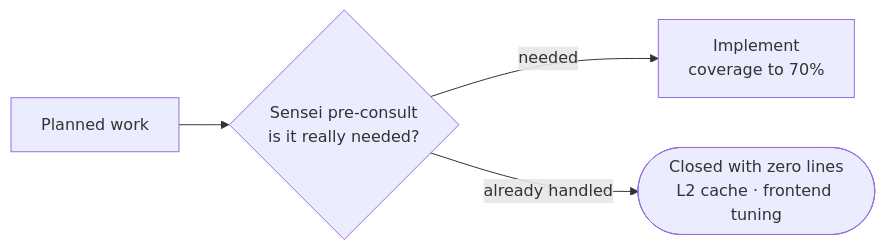
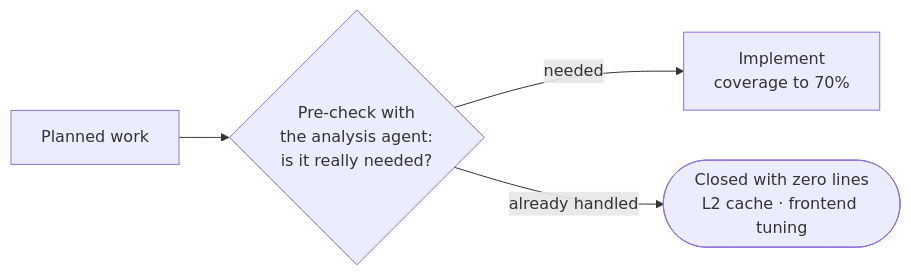
One commit to tpals0409/Leo-s-Build-Log changed the diagram in content/posts/ci-refactoring-reference-to-reality/diagrams/gate.en.mmd. Above: the diagram before and after it, drawn with Mermaid. The commit also changed 82 other files, not shown here.

```diff
--- a/content/posts/ci-refactoring-reference-to-reality/diagrams/gate.en.mmd
+++ b/content/posts/ci-refactoring-reference-to-reality/diagrams/gate.en.mmd
@@ -1,4 +1,4 @@
 flowchart LR
-  P[Planned work] --> S{Sensei pre-consult<br/>is it really needed?}
+  P[Planned work] --> S{Pre-check with<br/>the analysis agent:<br/>is it really needed?}
   S -->|needed| I[Implement<br/>coverage to 70%]
   S -->|already handled| Z([Closed with zero lines<br/>L2 cache · frontend tuning])
```
